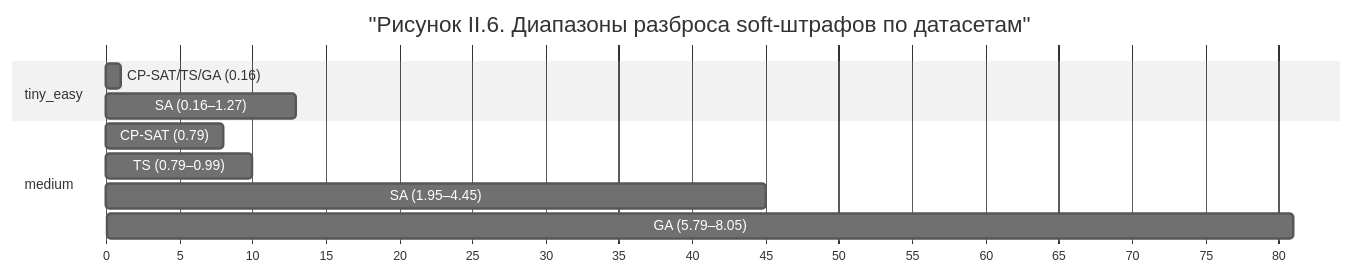
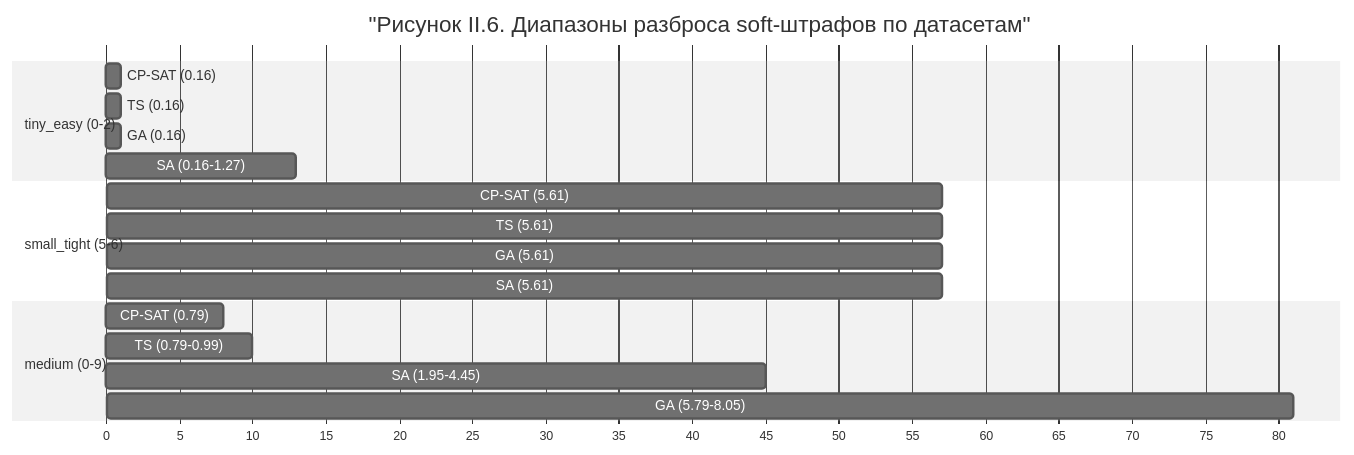
Before and after one commit to RisovoePole/CourseWork: the third of 6 diagrams in docs/report/algorithms/chapter2_comparative_analysis.md, drawn with Mermaid (neutral theme). The commit also changed other lines of this file, not shown here.

````diff
--- a/docs/report/algorithms/chapter2_comparative_analysis.md
+++ b/docs/report/algorithms/chapter2_comparative_analysis.md
@@ -77,17 +92,25 @@
 ```mermaid
 gantt
     title "Рисунок II.6. Диапазоны разброса soft-штрафов по датасетам"
     dateFormat  X
     axisFormat %s
 
-    section tiny_easy
-    CP-SAT/TS/GA (0.16) : 0, 1
-    SA (0.16–1.27)      : 0, 13
+    section tiny_easy (0-2)
+    CP-SAT (0.16) : 0, 1
+    TS (0.16)     : 0, 1
+    GA (0.16)     : 0, 1
+    SA (0.16-1.27): 0, 13
 
-    section medium
-    CP-SAT (0.79)       : 7, 8
-    TS (0.79–0.99)      : 7, 10
-    SA (1.95–4.45)      : 19, 45
-    GA (5.79–8.05)      : 57, 81
+    section small_tight (5-6)
+    CP-SAT (5.61) : 56, 57
+    TS (5.61)     : 56, 57
+    GA (5.61)     : 56, 57
+    SA (5.61)     : 56, 57
+
+    section medium (0-9)
+    CP-SAT (0.79) : 7, 8
+    TS (0.79-0.99): 7, 10
+    SA (1.95-4.45): 19, 45
+    GA (5.79-8.05): 57, 81
 
 ```
````
